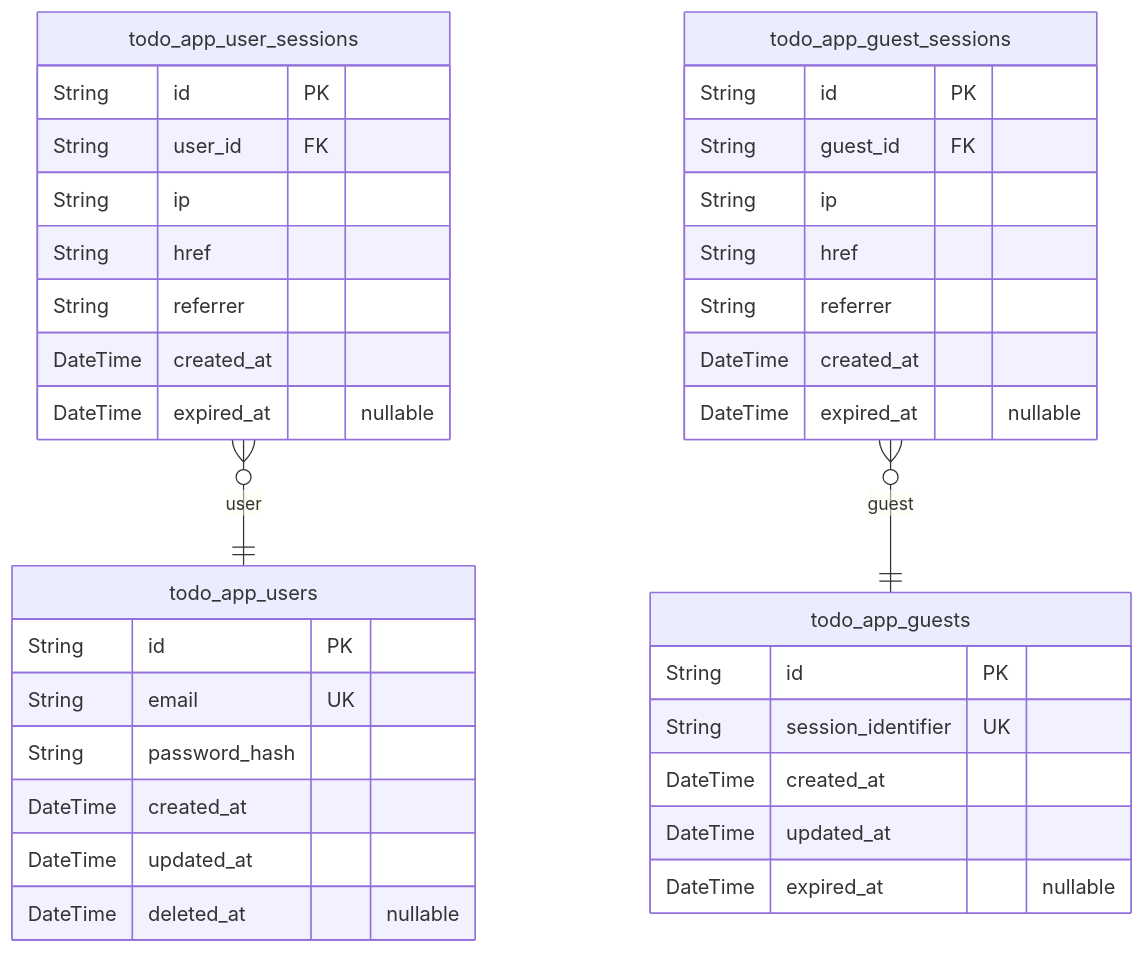
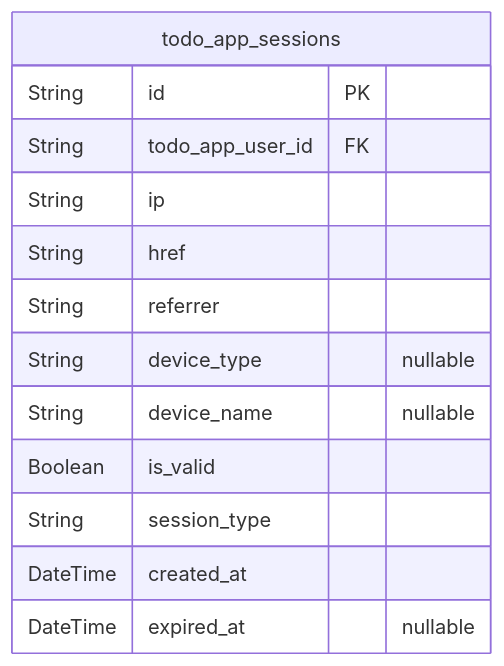
Before and after one commit to wrtnlabs/autobe-examples: the second of 3 diagrams in moonshotai/kimi-k2-0905-exacto/todo/docs/ERD.md, drawn with Mermaid. The commit also changed other lines of this file and 8017 other files, not shown here.

````diff
--- a/moonshotai/kimi-k2-0905-exacto/todo/docs/ERD.md
+++ b/moonshotai/kimi-k2-0905-exacto/todo/docs/ERD.md
@@ -271,38 +65,16 @@
 ```mermaid
 erDiagram
-"todo_app_users" {
+"todo_app_sessions" {
   String id PK
-  String email UK
-  String password_hash
-  DateTime created_at
-  DateTime updated_at
-  DateTime deleted_at "nullable"
-}
-"todo_app_user_sessions" {
-  String id PK
-  String user_id FK
+  String todo_app_user_id FK
   String ip
   String href
   String referrer
+  String device_type "nullable"
+  String device_name "nullable"
+  Boolean is_valid
+  String session_type
   DateTime created_at
   DateTime expired_at "nullable"
 }
-"todo_app_guests" {
-  String id PK
-  String session_identifier UK
-  DateTime created_at
-  DateTime updated_at
-  DateTime expired_at "nullable"
-}
-"todo_app_guest_sessions" {
-  String id PK
-  String guest_id FK
-  String ip
-  String href
-  String referrer
-  DateTime created_at
-  DateTime expired_at "nullable"
-}
-"todo_app_user_sessions" }o--|| "todo_app_users" : user
-"todo_app_guest_sessions" }o--|| "todo_app_guests" : guest
 ```
````
